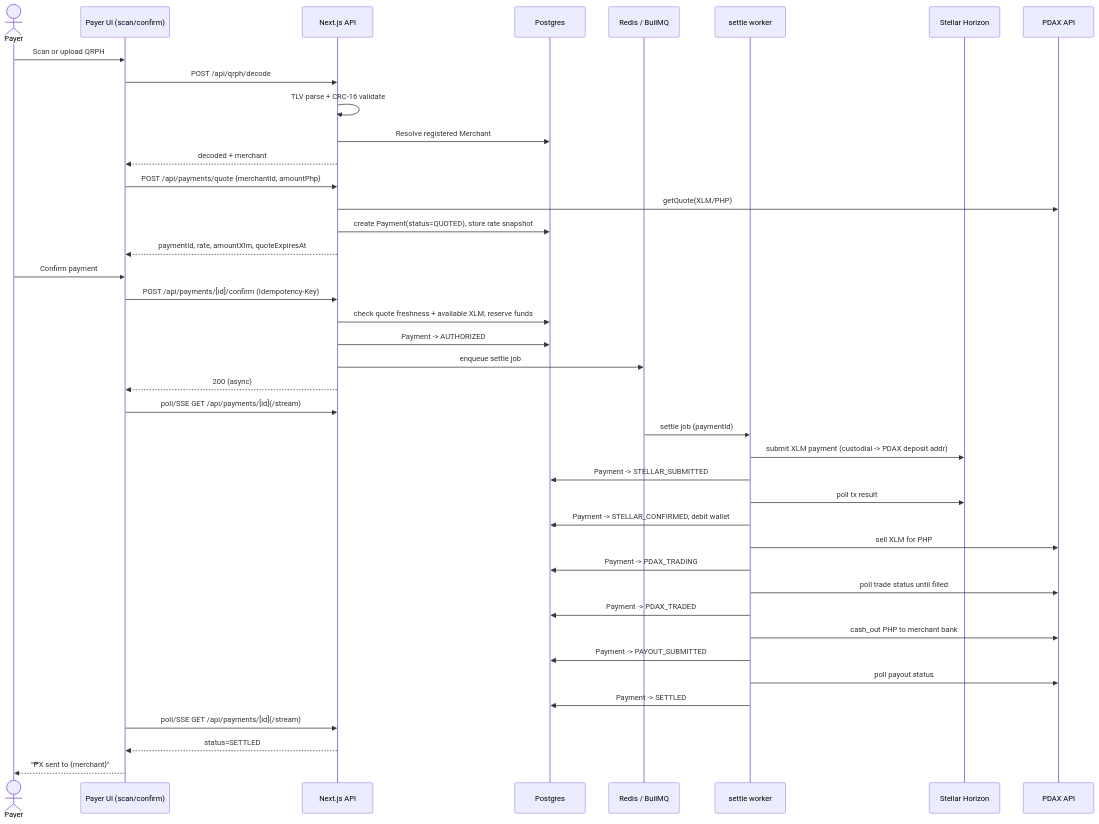
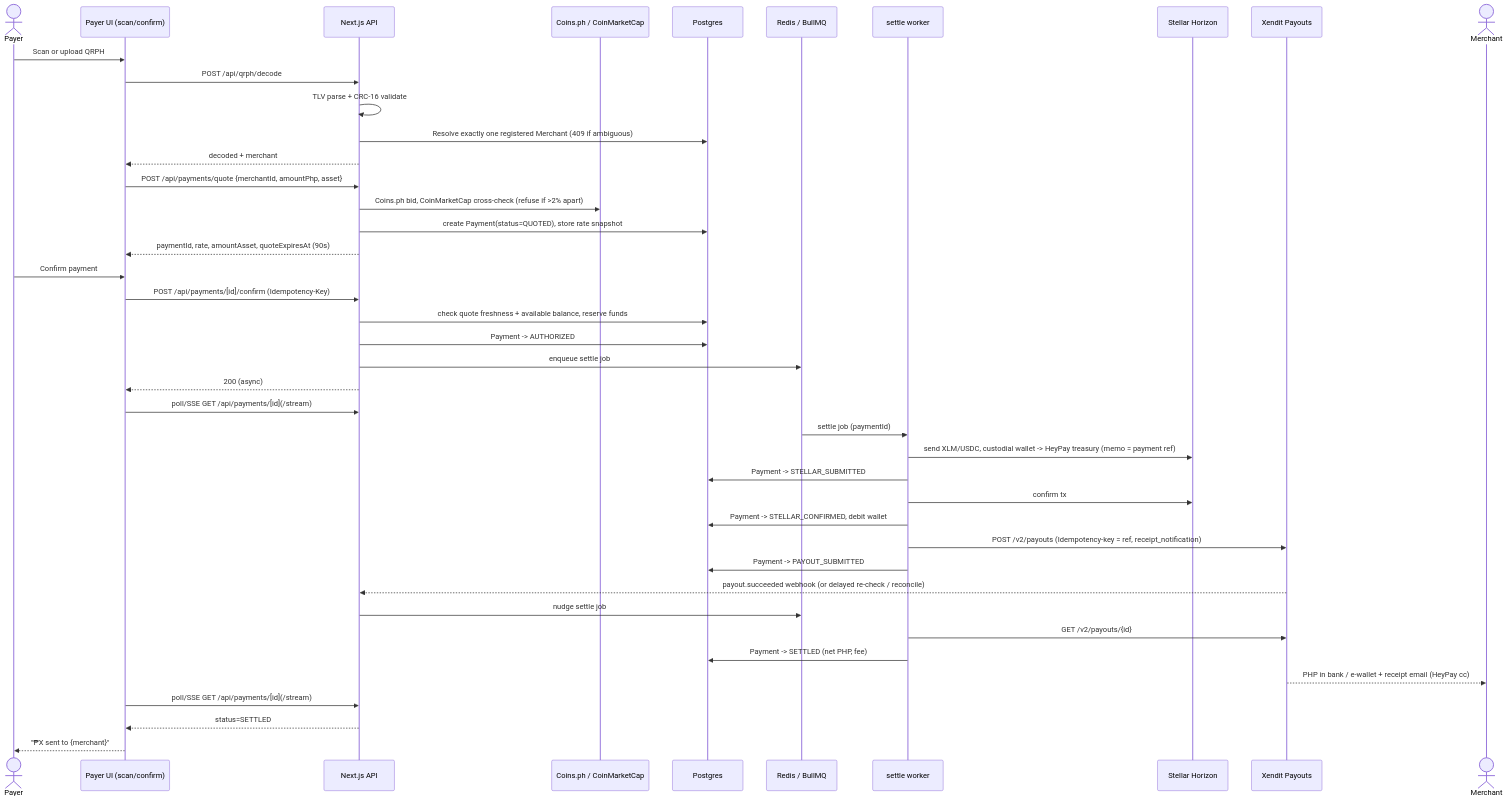
Before and after one commit to artisam-heypay/heypay: the second of 5 diagrams in README.md, drawn with Mermaid. The commit also changed other lines of this file, not shown here.

First line of the commit message:
docs(readme): describe the treasury + Xendit payout flow

````diff
--- a/README.md
+++ b/README.md
@@ -139,47 +146,48 @@
 ```mermaid
 sequenceDiagram
     actor Payer
     participant UI as Payer UI (scan/confirm)
     participant API as Next.js API
+    participant Rates as Coins.ph / CoinMarketCap
     participant DB as Postgres
     participant Queue as Redis / BullMQ
     participant Worker as settle worker
     participant Horizon as Stellar Horizon
-    participant PDAX as PDAX API
+    participant Xendit as Xendit Payouts
+    actor Merchant
 
     Payer->>UI: Scan or upload QRPH
     UI->>API: POST /api/qrph/decode
     API->>API: TLV parse + CRC-16 validate
-    API->>DB: Resolve registered Merchant
+    API->>DB: Resolve exactly one registered Merchant (409 if ambiguous)
     API-->>UI: decoded + merchant
 
-    UI->>API: POST /api/payments/quote {merchantId, amountPhp}
-    API->>PDAX: getQuote(XLM/PHP)
+    UI->>API: POST /api/payments/quote {merchantId, amountPhp, asset}
+    API->>Rates: Coins.ph bid, CoinMarketCap cross-check (refuse if >2% apart)
     API->>DB: create Payment(status=QUOTED), store rate snapshot
-    API-->>UI: paymentId, rate, amountXlm, quoteExpiresAt
+    API-->>UI: paymentId, rate, amountAsset, quoteExpiresAt (90s)
 
     Payer->>UI: Confirm payment
     UI->>API: POST /api/payments/[id]/confirm (Idempotency-Key)
-    API->>DB: check quote freshness + available XLM, reserve funds
+    API->>DB: check quote freshness + available balance, reserve funds
     API->>DB: Payment -> AUTHORIZED
     API->>Queue: enqueue settle job
     API-->>UI: 200 (async)
 
     UI->>API: poll/SSE GET /api/payments/[id](/stream)
     Queue->>Worker: settle job (paymentId)
-    Worker->>Horizon: submit XLM payment (custodial -> PDAX deposit addr)
+    Worker->>Horizon: send XLM/USDC, custodial wallet -> HeyPay treasury (memo = payment ref)
     Worker->>DB: Payment -> STELLAR_SUBMITTED
-    Worker->>Horizon: poll tx result
+    Worker->>Horizon: confirm tx
     Worker->>DB: Payment -> STELLAR_CONFIRMED, debit wallet
-    Worker->>PDAX: sell XLM for PHP
-    Worker->>DB: Payment -> PDAX_TRADING
-    Worker->>PDAX: poll trade status until filled
-    Worker->>DB: Payment -> PDAX_TRADED
-    Worker->>PDAX: cash_out PHP to merchant bank
+    Worker->>Xendit: POST /v2/payouts (Idempotency-key = ref, receipt_notification)
     Worker->>DB: Payment -> PAYOUT_SUBMITTED
-    Worker->>PDAX: poll payout status
-    Worker->>DB: Payment -> SETTLED
+    Xendit-->>API: payout.succeeded webhook (or delayed re-check / reconcile)
+    API->>Queue: nudge settle job
+    Worker->>Xendit: GET /v2/payouts/{id}
+    Worker->>DB: Payment -> SETTLED (net PHP, fee)
+    Xendit-->>Merchant: PHP in bank / e-wallet + receipt email (HeyPay cc)
     UI->>API: poll/SSE GET /api/payments/[id](/stream)
     API-->>UI: status=SETTLED
     UI-->>Payer: "₱X sent to {merchant}"
 ```
````
